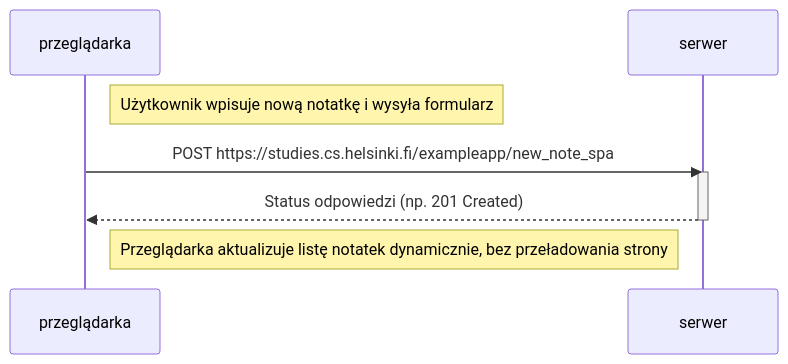
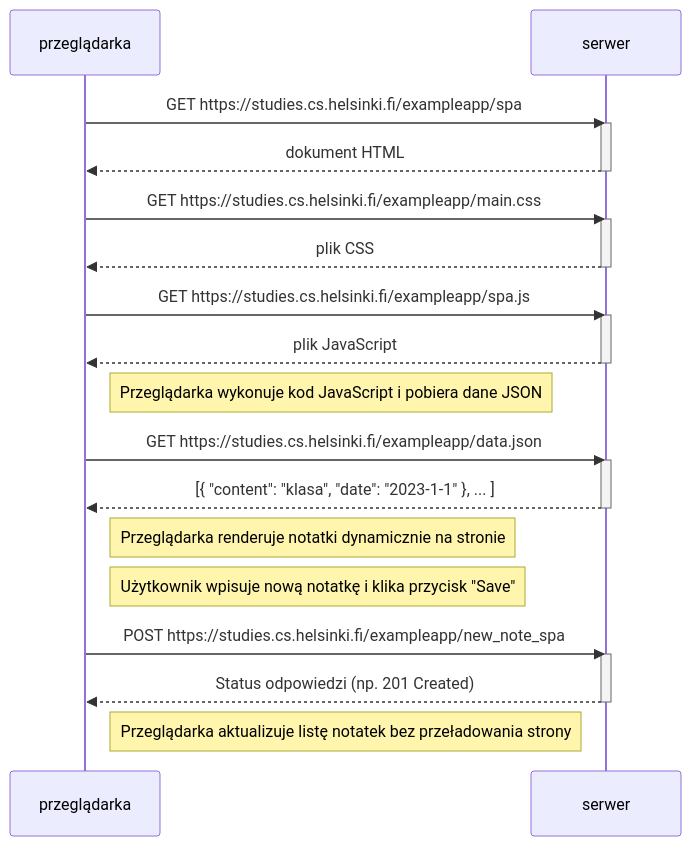
The diagram in Part0/zad0-6.mmd (Layer2843/my-repo), drawn with Mermaid before and after one commit. The commit also changed 1 other file, not shown here.

```diff
--- a/Part0/zad0-6.mmd
+++ b/Part0/zad0-6.mmd
@@ -1,12 +1,36 @@
 sequenceDiagram
     participant przeglądarka
     participant serwer
 
-    Note right of przeglądarka: Użytkownik wpisuje nową notatkę i wysyła formularz
+    przeglądarka->>serwer: GET https://studies.cs.helsinki.fi/exampleapp/spa
+    activate serwer
+    serwer-->>przeglądarka: dokument HTML
+    deactivate serwer
+
+    przeglądarka->>serwer: GET https://studies.cs.helsinki.fi/exampleapp/main.css
+    activate serwer
+    serwer-->>przeglądarka: plik CSS
+    deactivate serwer
+
+    przeglądarka->>serwer: GET https://studies.cs.helsinki.fi/exampleapp/spa.js
+    activate serwer
+    serwer-->>przeglądarka: plik JavaScript
+    deactivate serwer
+
+    Note right of przeglądarka: Przeglądarka wykonuje kod JavaScript i pobiera dane JSON
+
+    przeglądarka->>serwer: GET https://studies.cs.helsinki.fi/exampleapp/data.json
+    activate serwer
+    serwer-->>przeglądarka: [{ "content": "klasa", "date": "2023-1-1" }, ... ]
+    deactivate serwer
+
+    Note right of przeglądarka: Przeglądarka renderuje notatki dynamicznie na stronie
+
+    Note right of przeglądarka: Użytkownik wpisuje nową notatkę i klika przycisk "Save"
 
     przeglądarka->>serwer: POST https://studies.cs.helsinki.fi/exampleapp/new_note_spa
     activate serwer
     serwer-->>przeglądarka: Status odpowiedzi (np. 201 Created)
     deactivate serwer
 
-    Note right of przeglądarka: Przeglądarka aktualizuje listę notatek dynamicznie, bez przeładowania strony
+    Note right of przeglądarka: Przeglądarka aktualizuje listę notatek bez przeładowania strony
```
